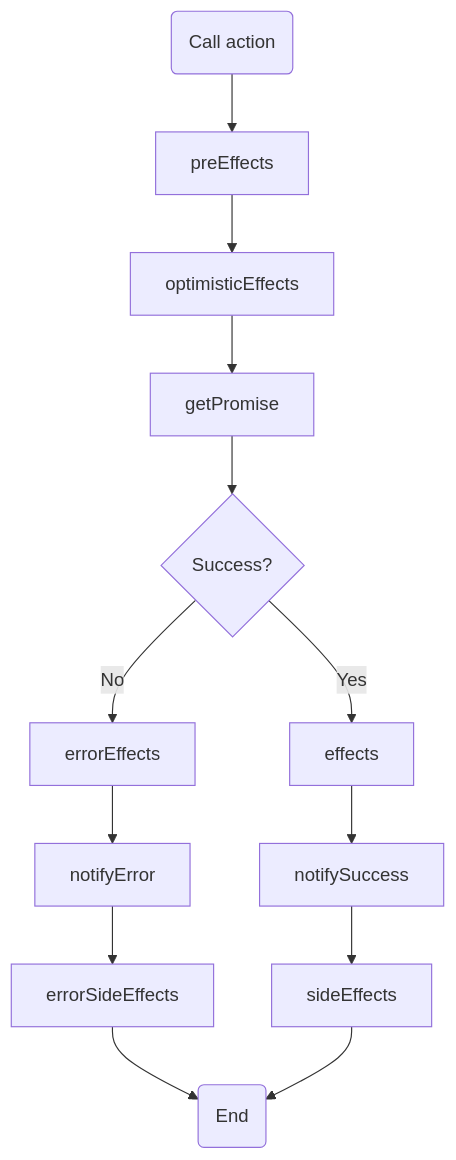
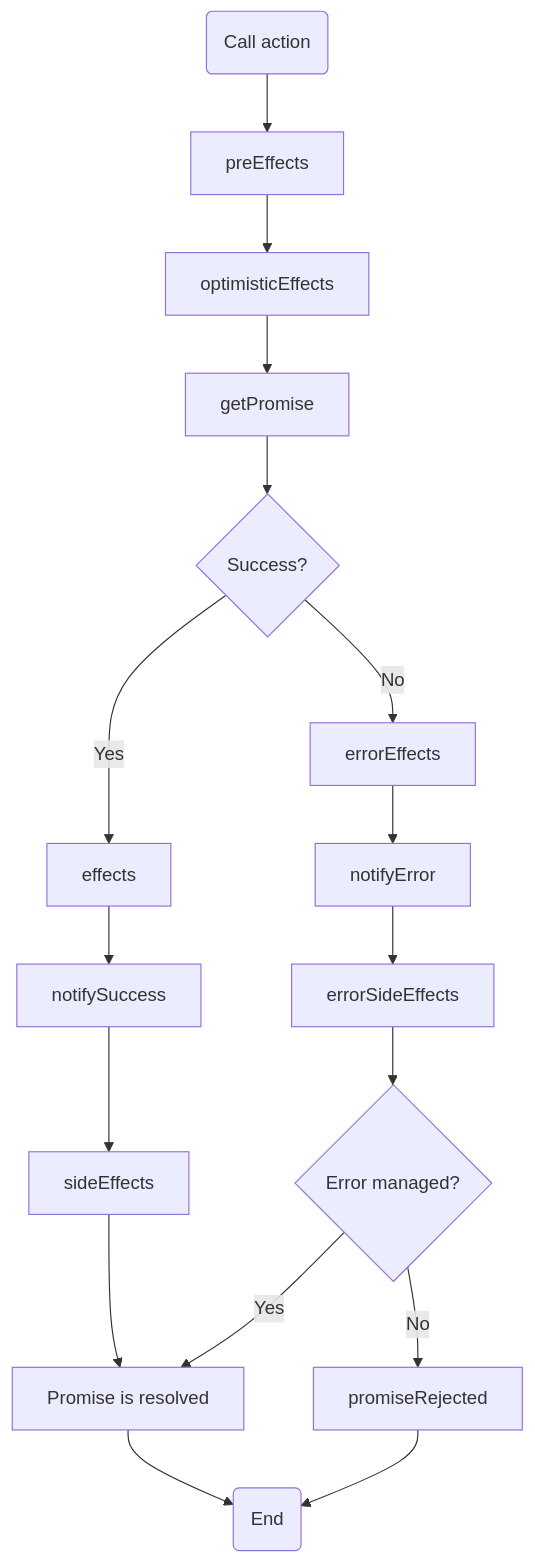
One commit to GlobalSport/state-decorator changed the diagram in README.md. Above: the diagram before and after it, drawn with Mermaid. The commit also changed other lines of this file and 3 other files, not shown here.

````diff
--- a/README.md
+++ b/README.md
@@ -294,15 +294,19 @@
 ```mermaid
 graph TD
     A(Call action) --> preEffects
     preEffects --> optimisticEffects
     optimisticEffects --> getPromise
     getPromise --> promiseSuccess{Success?}
     promiseSuccess -->|Yes| effects[effects]
     effects --> notifySuccess[notifySuccess]
     notifySuccess --> sideEffects[sideEffects]
+    sideEffects --> promiseResolved[Promise is resolved]
+    promiseResolved --> Z(End)
     promiseSuccess -->|No| errorEffects[errorEffects]
     errorEffects --> notifyError[notifyError]
     notifyError --> errSideEffetcs[errorSideEffects]
-    errSideEffetcs --> Z
-    sideEffects --> Z(End) 
+    errSideEffetcs --> errorManaged{Error managed?}
+    errorManaged --> |Yes| promiseResolved
+    errorManaged --> |No| promiseRejected
+    promiseRejected --> Z
 ```
````
